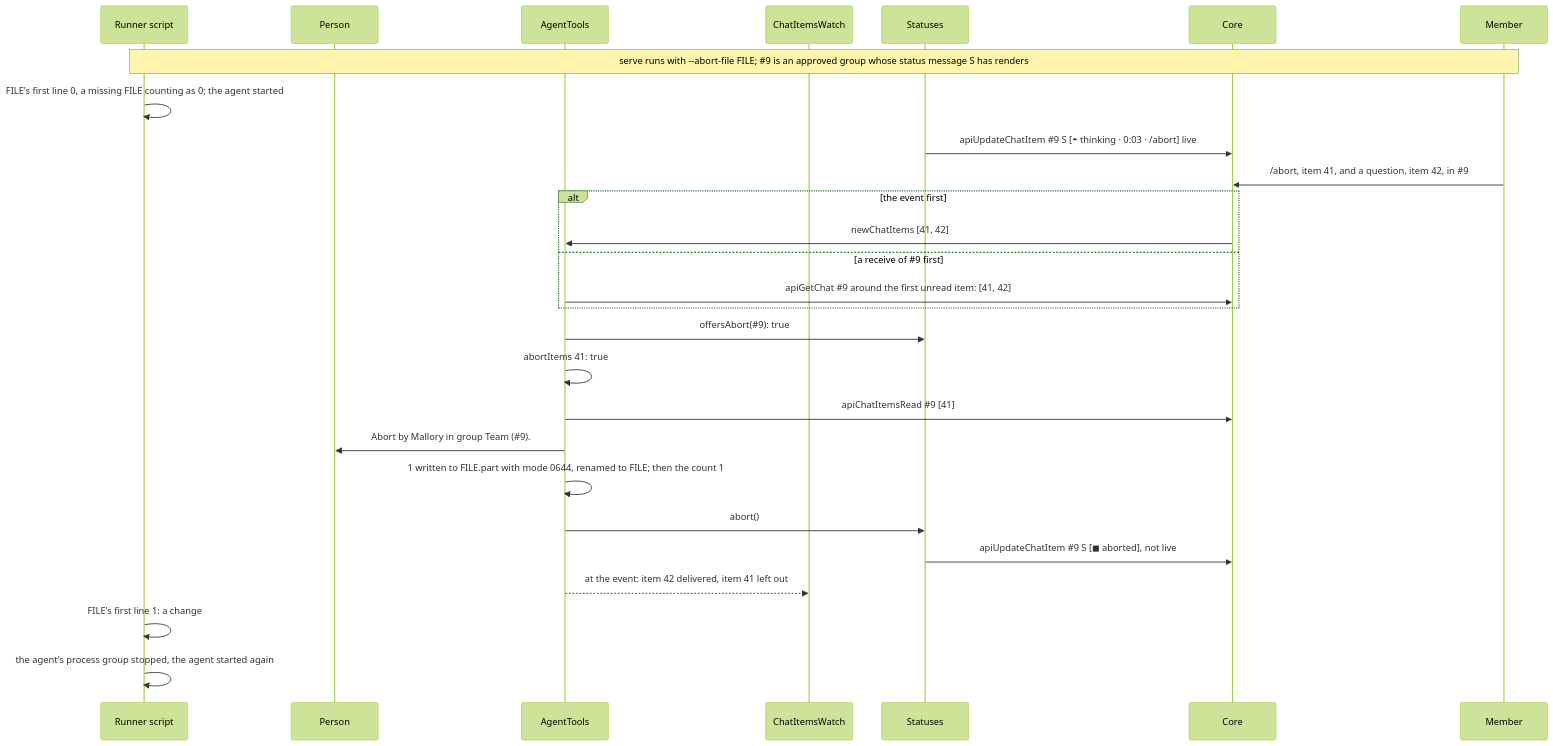
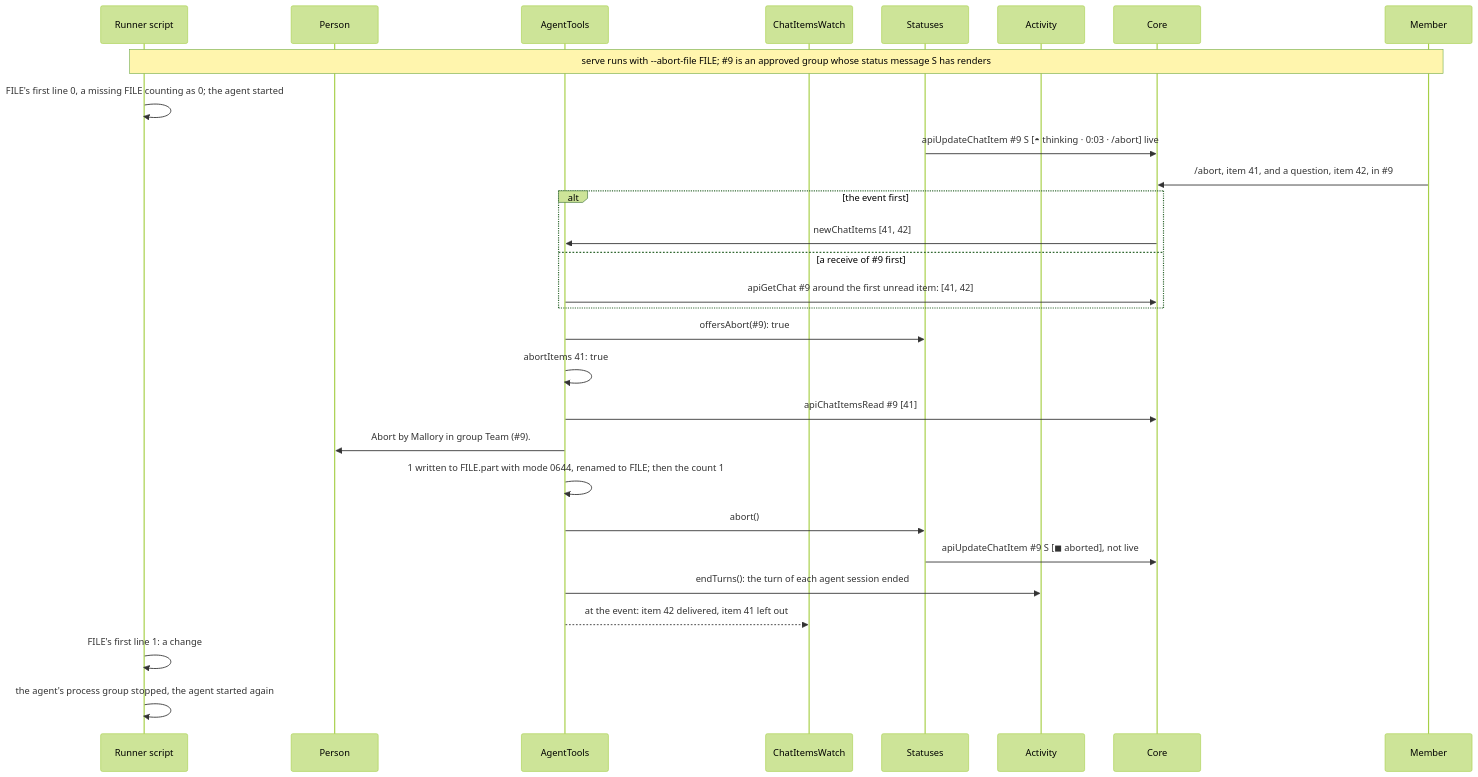
One commit to simplex-chat/simplex-chat changed diagram 40 of 40 in packages/simplex-chat-mcp/spec/flows.md. Above: the diagram before and after it, drawn with Mermaid (forest theme). The commit also changed other lines of this file and 9 other files, not shown here.

````diff
--- a/packages/simplex-chat-mcp/spec/flows.md
+++ b/packages/simplex-chat-mcp/spec/flows.md
@@ -1846,29 +1846,31 @@
 ```mermaid
 sequenceDiagram
   participant R as Runner script
   participant P as Person
   participant T as AgentTools
   participant W as ChatItemsWatch
   participant L as Statuses
+  participant Y as Activity
   participant C as Core
   participant D as Member
   Note over R,D: serve runs with --abort-file FILE#59; #35;9 is an approved group whose status message S has renders
   R->>R: FILE's first line 0, a missing FILE counting as 0#59; the agent started
   L->>C: apiUpdateChatItem #35;9 S [◓ thinking · 0:03 · /abort] live
   D->>C: /abort, item 41, and a question, item 42, in #35;9
   alt the event first
     C->>T: newChatItems [41, 42]
   else a receive of #35;9 first
     T->>C: apiGetChat #35;9 around the first unread item: [41, 42]
   end
   T->>L: offersAbort(#35;9): true
   T->>T: abortItems 41: true
   T->>C: apiChatItemsRead #35;9 [41]
   T->>P: Abort by Mallory in group Team (#35;9).
   T->>T: 1 written to FILE.part with mode 0644, renamed to FILE#59; then the count 1
   T->>L: abort()
   L->>C: apiUpdateChatItem #35;9 S [◼ aborted], not live
+  T->>Y: endTurns(): the turn of each agent session ended
   T-->>W: at the event: item 42 delivered, item 41 left out
   R->>R: FILE's first line 1: a change
   R->>R: the agent's process group stopped, the agent started again
 ```
````
